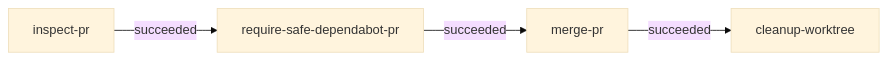
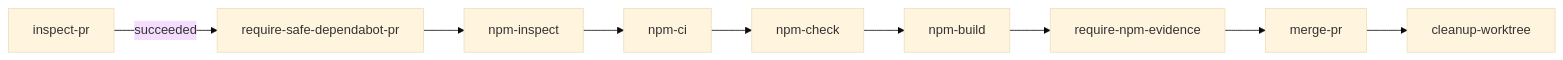
Before and after one commit to funsaized/s11a.com: the second of 3 diagrams in SWAMP.md, drawn with Mermaid (base theme). The commit also changed other lines of this file and 6 other files, not shown here.

````diff
--- a/SWAMP.md
+++ b/SWAMP.md
@@ -345,6 +352,7 @@
 ```mermaid
 flowchart LR
     A["inspect-pr"] -->|succeeded| B["require-safe-dependabot-pr"]
-    B -->|succeeded| C["merge-pr"]
-    C -->|succeeded| D["cleanup-worktree"]
+    B --> C["npm-inspect"] --> D["npm-ci"] --> E["npm-check"]
+    E --> F["npm-build"] --> G["require-npm-evidence"]
+    G --> H["merge-pr"] --> I["cleanup-worktree"]
 ```
````
